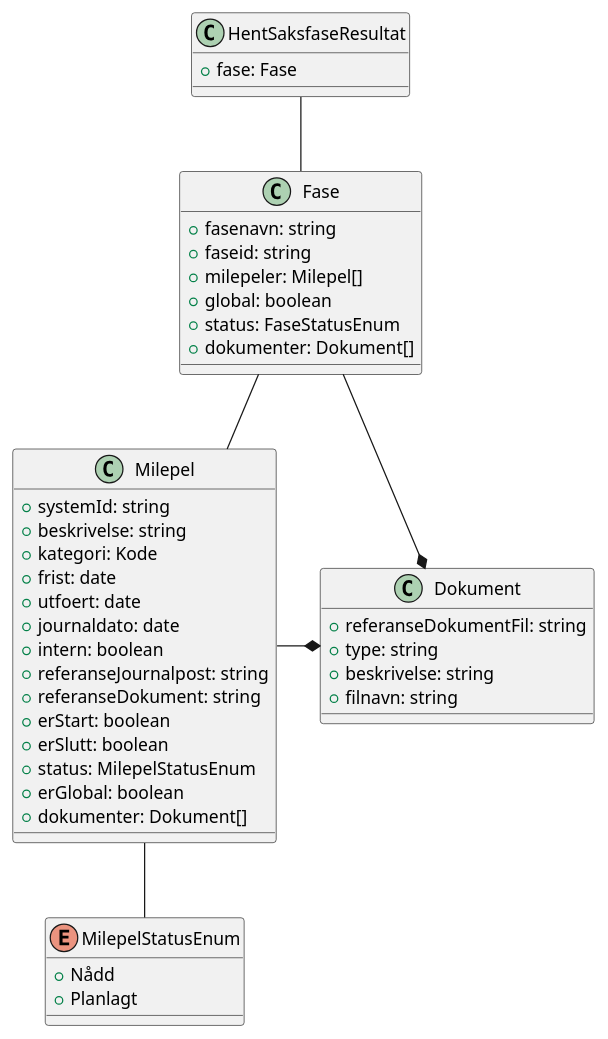
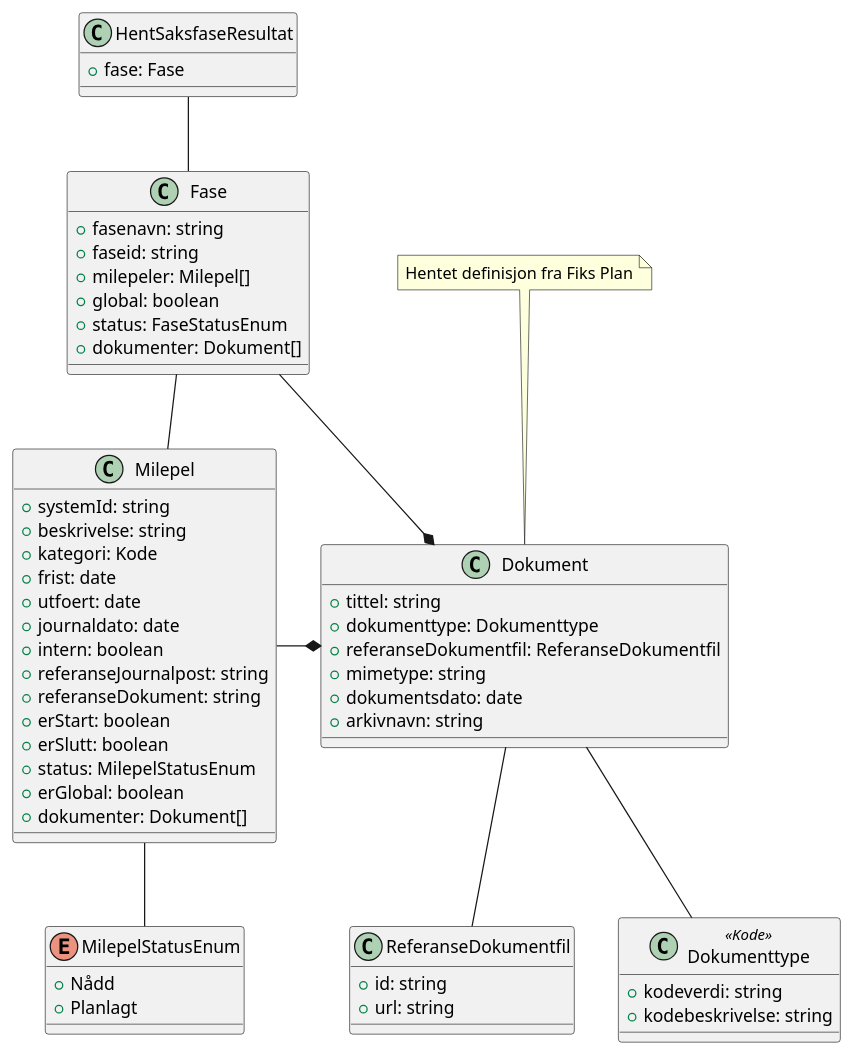
One commit to ks-no/fiks-saksfaser-specification changed the diagram in Dokumentasjon/V1/ClassDiagrams/no.ks.fiks.saksfaser.v1.saksfase.hent.resultat/classdiagram.pu. Above: the diagram before and after it, drawn with PlantUML. The commit also changed 6 other files, not shown here.

Commit message:
Forbedret diagram og hentet dokument fra Fiks Plan

```diff
--- a/Dokumentasjon/V1/ClassDiagrams/no.ks.fiks.saksfaser.v1.saksfase.hent.resultat/classdiagram.pu
+++ b/Dokumentasjon/V1/ClassDiagrams/no.ks.fiks.saksfaser.v1.saksfase.hent.resultat/classdiagram.pu
@@ -1,54 +1,70 @@
 @startuml
 
 class HentSaksfaseResultat {
     +fase: Fase
 }
 
 HentSaksfaseResultat -- Fase
 
 class Fase {
     +fasenavn: string
     +faseid: string
     +milepeler: Milepel[]
     +global: boolean
     +status: FaseStatusEnum
     +dokumenter: Dokument[]
 }
 
 Fase -* Dokument
-
-class Dokument {
-    +referanseDokumentFil: string
-    +type: string
-    +beskrivelse: string
-    +filnavn: string
-}
-
 Fase -- Milepel
 
 class Milepel {
     +systemId: string
     +beskrivelse: string
     +kategori: Kode
     +frist: date
     +utfoert: date
     +journaldato: date
     +intern: boolean
     +referanseJournalpost: string
     +referanseDokument: string
     +erStart: boolean
     +erSlutt: boolean
     +status: MilepelStatusEnum
     +erGlobal: boolean
     +dokumenter: Dokument[]
 }
 
 Milepel -- MilepelStatusEnum
 Milepel -* Dokument
 
 enum MilepelStatusEnum {
     +Nådd
     +Planlagt
 }
 
+note top of Dokument : Hentet definisjon fra Fiks Plan
+
+class Dokument {
+    +tittel: string
+    +dokumenttype: Dokumenttype
+    +referanseDokumentfil: ReferanseDokumentfil
+    +mimetype: string
+    +dokumentsdato: date
+    +arkivnavn: string
+}
+
+Dokument -- Dokumenttype
+Dokument -- ReferanseDokumentfil
+
+class Dokumenttype <<Kode>> {
+    +kodeverdi: string
+    +kodebeskrivelse: string
+}
+
+class ReferanseDokumentfil {
+    +id: string
+    +url: string
+}
+
 @enduml
```
